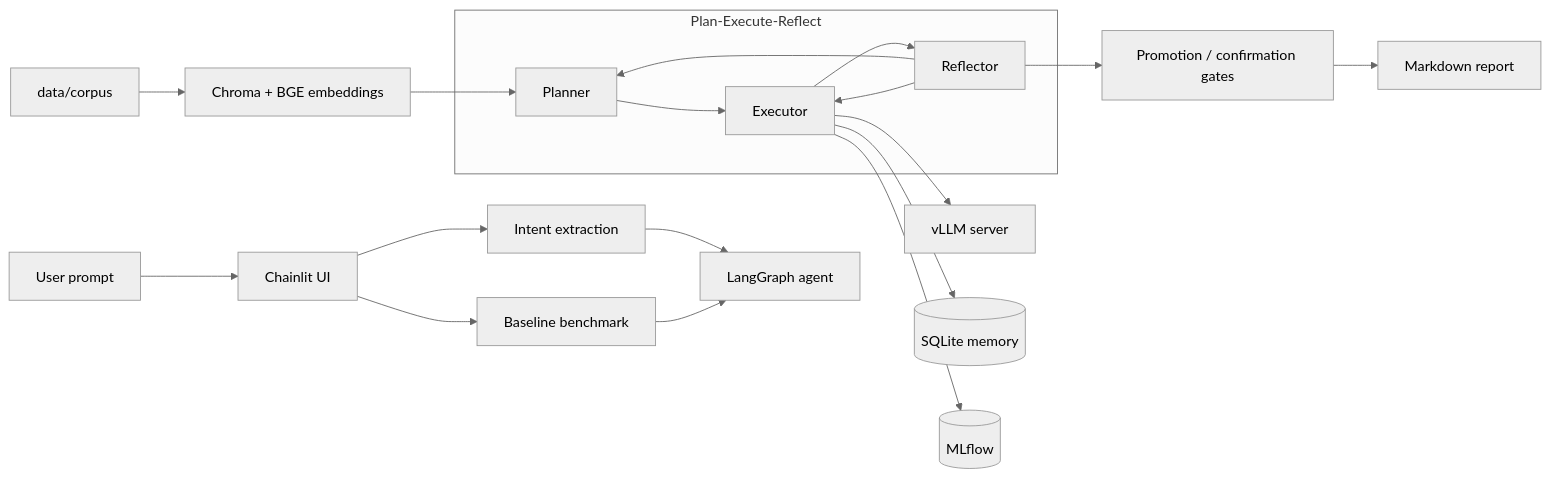
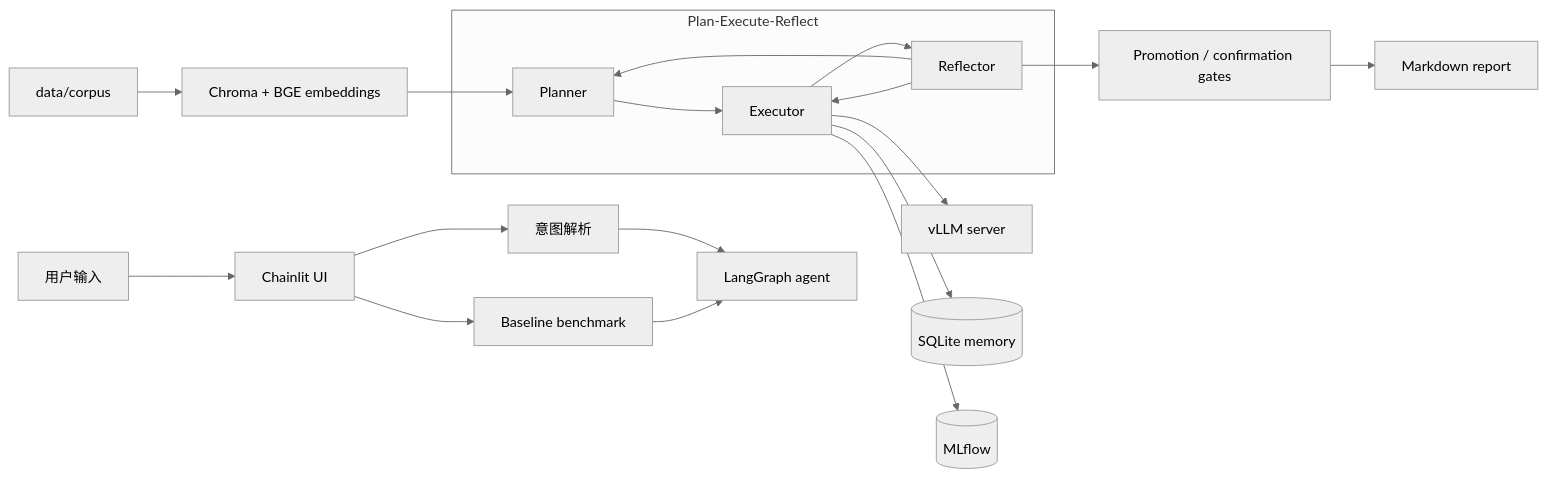
One commit to CChen19/inferops-agent changed the diagram in README.md. Above: the diagram before and after it, drawn with Mermaid (neutral theme). The commit also changed other lines of this file, not shown here.

````diff
--- a/README.md
+++ b/README.md
@@ -39,24 +35,24 @@
 ```mermaid
 flowchart LR
-    User[User prompt] --> UI[Chainlit UI]
-    UI --> Intent[Intent extraction]
+    User[用户输入] --> UI[Chainlit UI]
+    UI --> Intent[意图解析]
     UI --> Baseline[Baseline benchmark]
     Intent --> Agent[LangGraph agent]
     Baseline --> Agent
 
     Corpus[data/corpus] --> RAG[Chroma + BGE embeddings]
     RAG --> Planner[Planner]
 
     subgraph Plan-Execute-Reflect
       Planner --> Executor[Executor]
       Executor --> Reflector[Reflector]
       Reflector --> Planner
       Reflector --> Executor
     end
 
     Executor --> VLLM[vLLM server]
     Executor --> DB[(SQLite memory)]
     Executor --> MLflow[(MLflow)]
     Reflector --> Gates[Promotion / confirmation gates]
     Gates --> Report[Markdown report]
 ```
````
